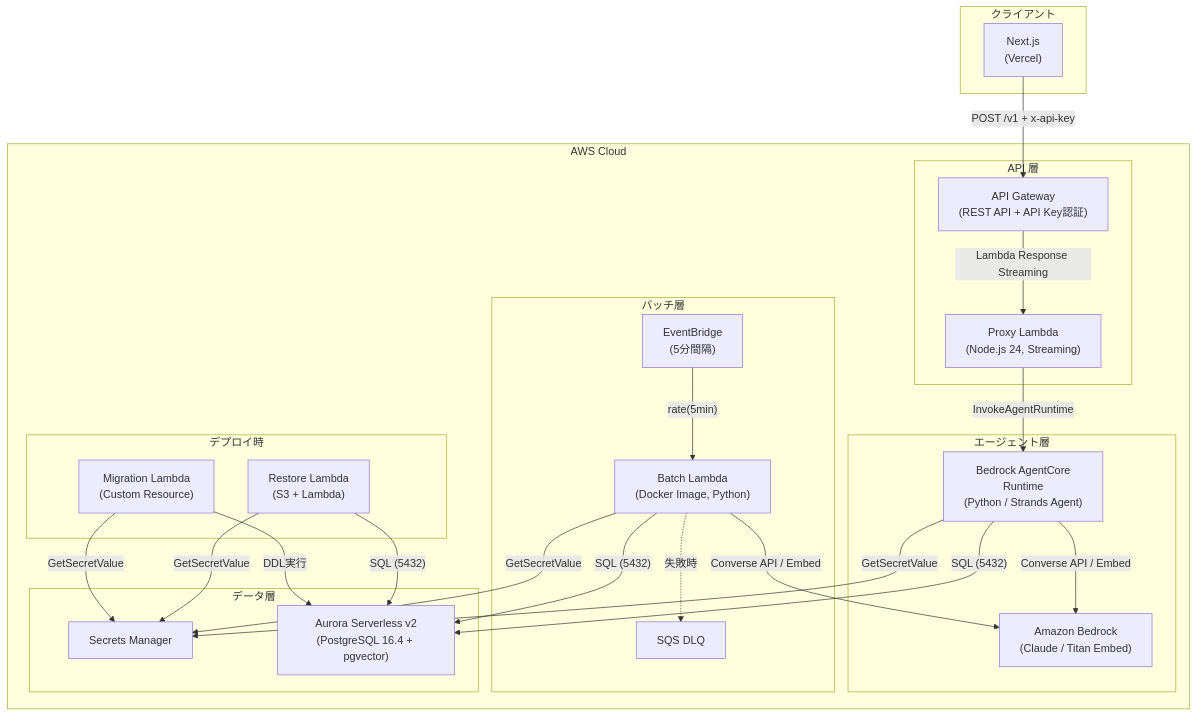
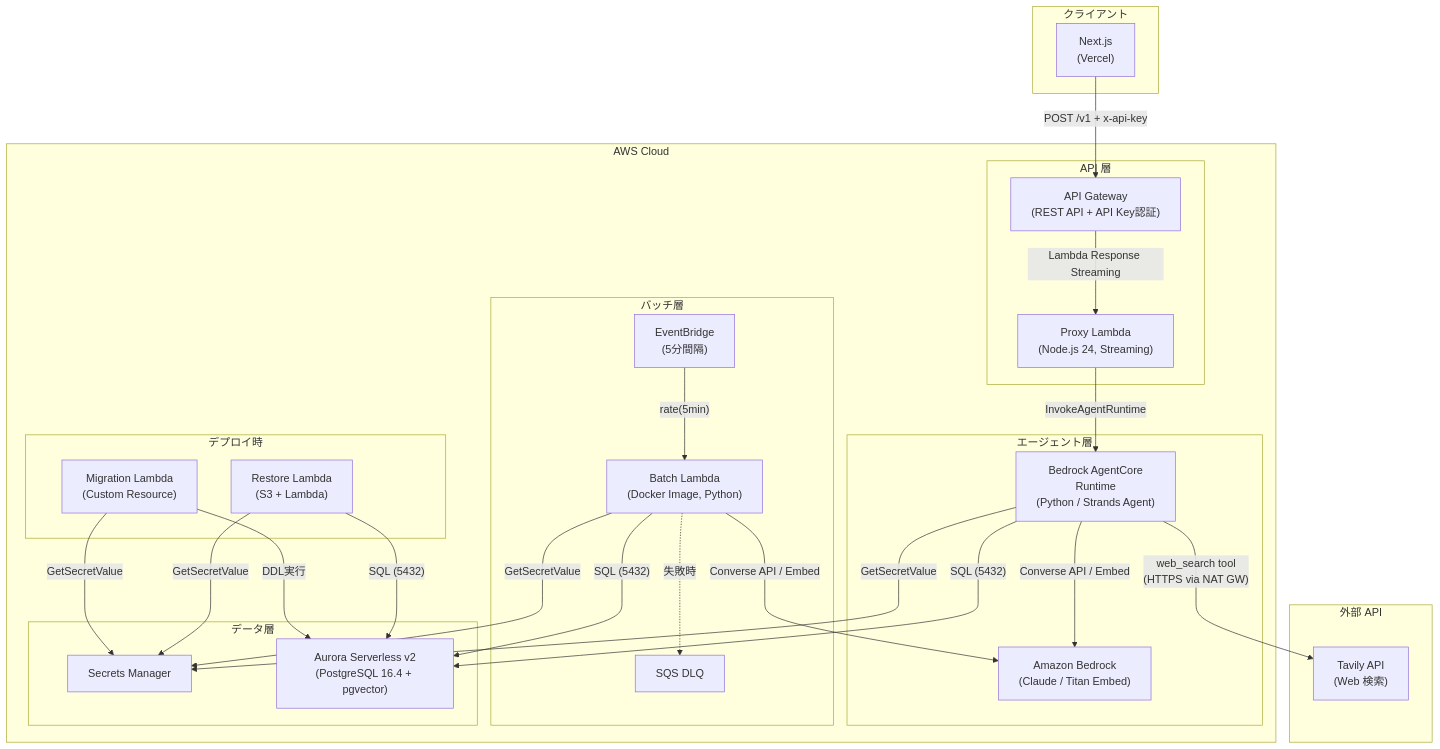
The first of 2 diagrams in docs/設計/AWS/アーキテクチャ概要.md (sori883/myfriend), drawn with Mermaid before and after one commit. The commit also changed 1 other file, not shown here.

Commit message:
docs: アーキテクチャ図に Tavily API (Web検索) を追加
AgentCore が web_search tool で Tavily API を HTTPS 呼び出しする経路を
README と docs/設計/AWS/アーキテクチャ概要.md 両方の Mermaid 図に明記。

````diff
--- a/docs/設計/AWS/アーキテクチャ概要.md
+++ b/docs/設計/AWS/アーキテクチャ概要.md
@@ -9,53 +9,58 @@
 ```mermaid
 graph TB
     subgraph "クライアント"
         FE["Next.js<br/>(Vercel)"]
     end
 
     subgraph "AWS Cloud"
         subgraph "API 層"
             APIGW["API Gateway<br/>(REST API + API Key認証)"]
             PROXY["Proxy Lambda<br/>(Node.js 24, Streaming)"]
         end
 
         subgraph "エージェント層"
             AC["Bedrock AgentCore<br/>Runtime<br/>(Python / Strands Agent)"]
             BR["Amazon Bedrock<br/>(Claude / Titan Embed)"]
         end
 
         subgraph "バッチ層"
             EB["EventBridge<br/>(5分間隔)"]
             BATCH["Batch Lambda<br/>(Docker Image, Python)"]
             DLQ["SQS DLQ"]
         end
 
         subgraph "データ層"
             SM["Secrets Manager"]
             AURORA["Aurora Serverless v2<br/>(PostgreSQL 16.4 + pgvector)"]
         end
 
         subgraph "デプロイ時"
             MIG["Migration Lambda<br/>(Custom Resource)"]
             RST["Restore Lambda<br/>(S3 + Lambda)"]
         end
     end
 
+    subgraph "外部 API"
+        TAVILY["Tavily API<br/>(Web 検索)"]
+    end
+
     FE -->|"POST /v1 + x-api-key"| APIGW
     APIGW -->|"Lambda Response Streaming"| PROXY
     PROXY -->|"InvokeAgentRuntime"| AC
     AC -->|"Converse API / Embed"| BR
     AC -->|"SQL (5432)"| AURORA
     AC -->|"GetSecretValue"| SM
+    AC -->|"web_search tool<br/>(HTTPS via NAT GW)"| TAVILY
 
     EB -->|"rate(5min)"| BATCH
     BATCH -->|"SQL (5432)"| AURORA
     BATCH -->|"Converse API / Embed"| BR
     BATCH -->|"GetSecretValue"| SM
     BATCH -.->|"失敗時"| DLQ
 
     MIG -->|"DDL実行"| AURORA
     MIG -->|"GetSecretValue"| SM
 
     RST -->|"SQL (5432)"| AURORA
     RST -->|"GetSecretValue"| SM
 ```
````
